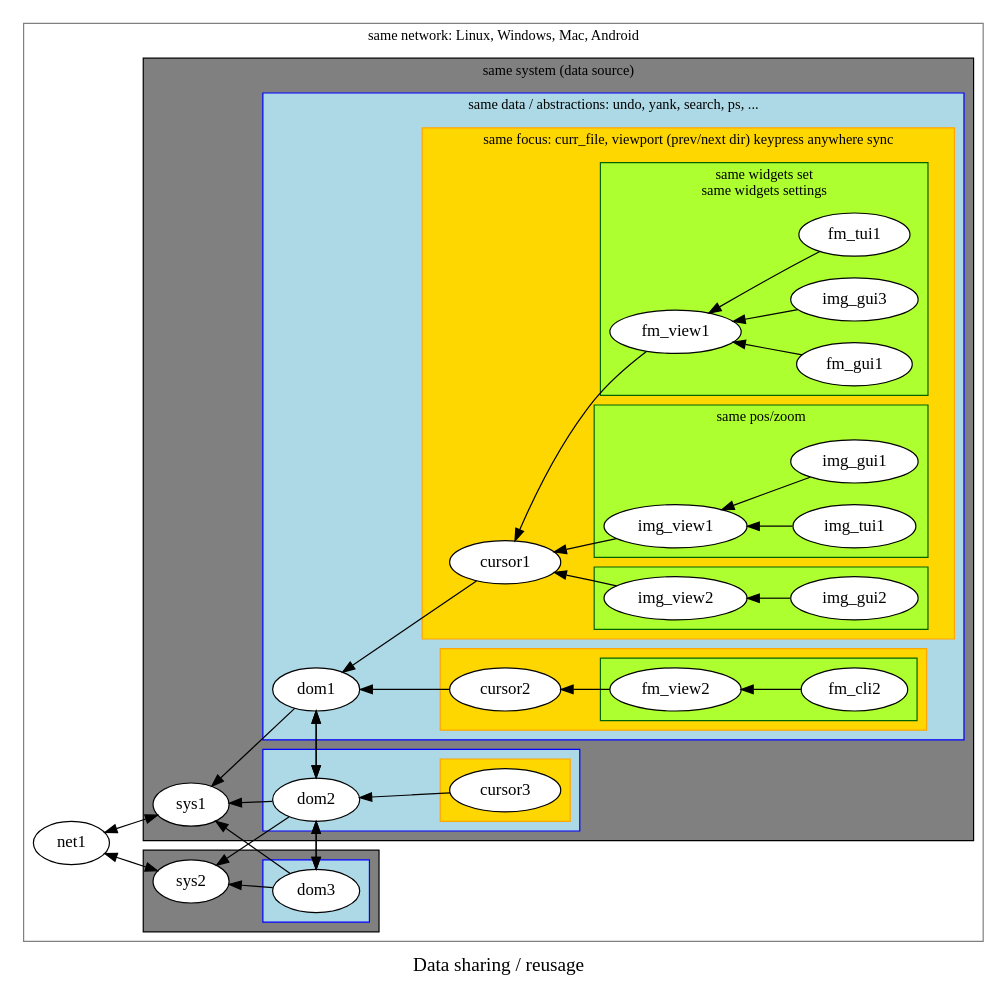
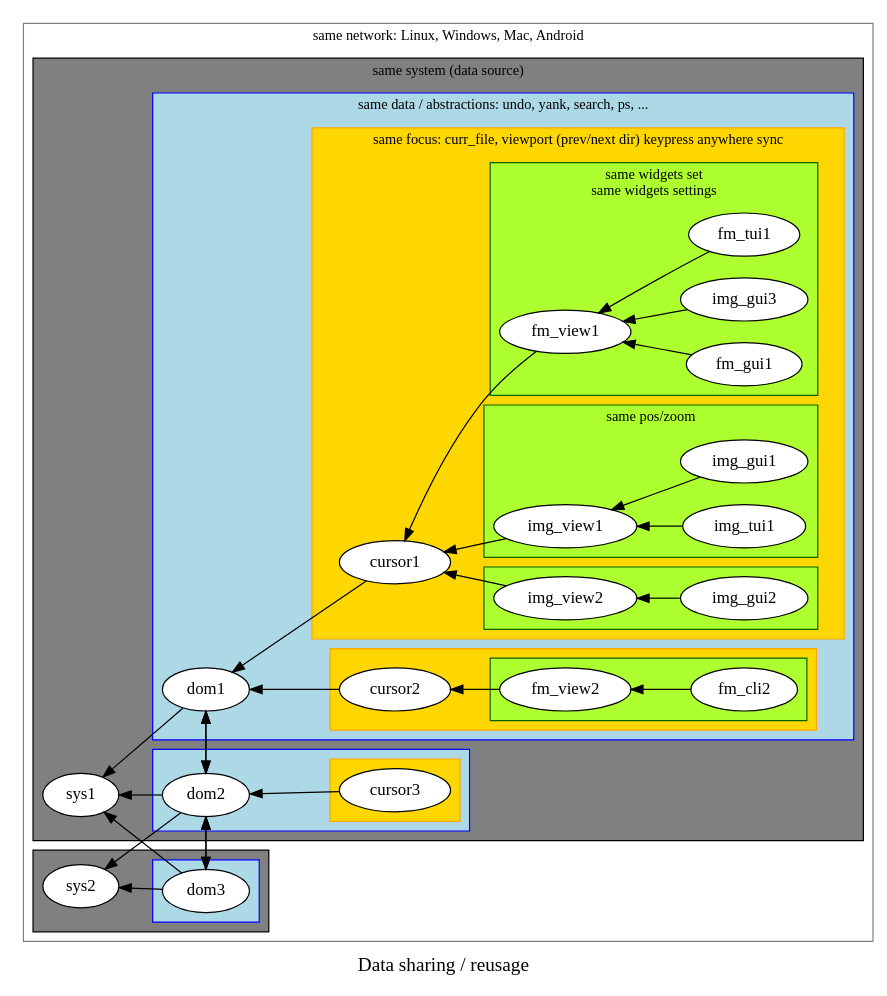
Before and after one commit to miur/miur: the diagram in gv/sharing.dot, drawn with Graphviz. The commit also changed 1 other file, not shown here.

Commit message:
[gv] data flow

```diff
--- a/gv/sharing.dot
+++ b/gv/sharing.dot
@@ -1,115 +1,114 @@
 digraph G {
   rankdir="RL"
   fontsize=16
 
   label="Data sharing / reusage"
 
   subgraph cluster_net1 {
     style=filled
     fontsize=12
     // fontcolor="gray"
     node [style=filled fillcolor=white color=black]
 
     label="same network: Linux, Windows, Mac, Android"
     fillcolor=white
     color=gray
 
-    sys1, sys2 -> net1 [dir=both]
     dom2, dom3 -> sys1, sys2
     dom1 -> sys1
     dom1 -> dom2 [dir=both constraint=false]
     dom2 -> dom1, dom3 [dir=both constraint=false]
     dom3 -> dom2 [dir=both constraint=false]
 
     subgraph cluster_sys1 {
       label="same system (data source)"
       fillcolor=gray
       color=black
 
       sys1
 
       subgraph cluster_dom1 {
         label="same data / abstractions: undo, yank, search, ps, ..."
         fillcolor=lightblue
         color=blue
 
         cursor1, cursor2 -> dom1
 
         subgraph cluster_cur1 {
           label="same focus: curr_file, viewport (prev/next dir) keypress anywhere sync"
           fillcolor=gold
           color=orange
 
           fm_view1, img_view1, img_view2 -> cursor1
 
           subgraph cluster_fm1 {
             label="same widgets set\nsame widgets settings"
             fillcolor=greenyellow
             color=darkgreen
 
             fm_gui1, fm_tui1, img_gui3 -> fm_view1
           }
           subgraph cluster_img1 {
             label="same pos/zoom"
             fillcolor=greenyellow
             color=darkgreen
 
             img_gui1, img_tui1 -> img_view1
           }
           subgraph cluster_img2 {
             label=""
             fillcolor=greenyellow
             color=darkgreen
 
             img_gui2 -> img_view2
           }
         }
 
         subgraph cluster_cur2 {
           label=""
           fillcolor=gold
           color=orange
 
           fm_view2 -> cursor2
 
           subgraph cluster_fm4 {
             fillcolor=greenyellow
             color=darkgreen
 
             fm_cli2 -> fm_view2
           }
         }
       }
 
       subgraph cluster_dom2 {
         label=""
         fillcolor=lightblue
         color=blue
 
         cursor3 -> dom2
 
         subgraph cluster_cur3 {
           fillcolor=gold
           color=orange
 
           cursor3
         }
       }
     }
 
     subgraph cluster_sys2 {
       label=""
       fillcolor=gray
       color=black
 
       sys2
 
       subgraph cluster_dom3 {
         fillcolor=lightblue
         color=blue
 
         dom3
       }
     }
   }
 }
```
